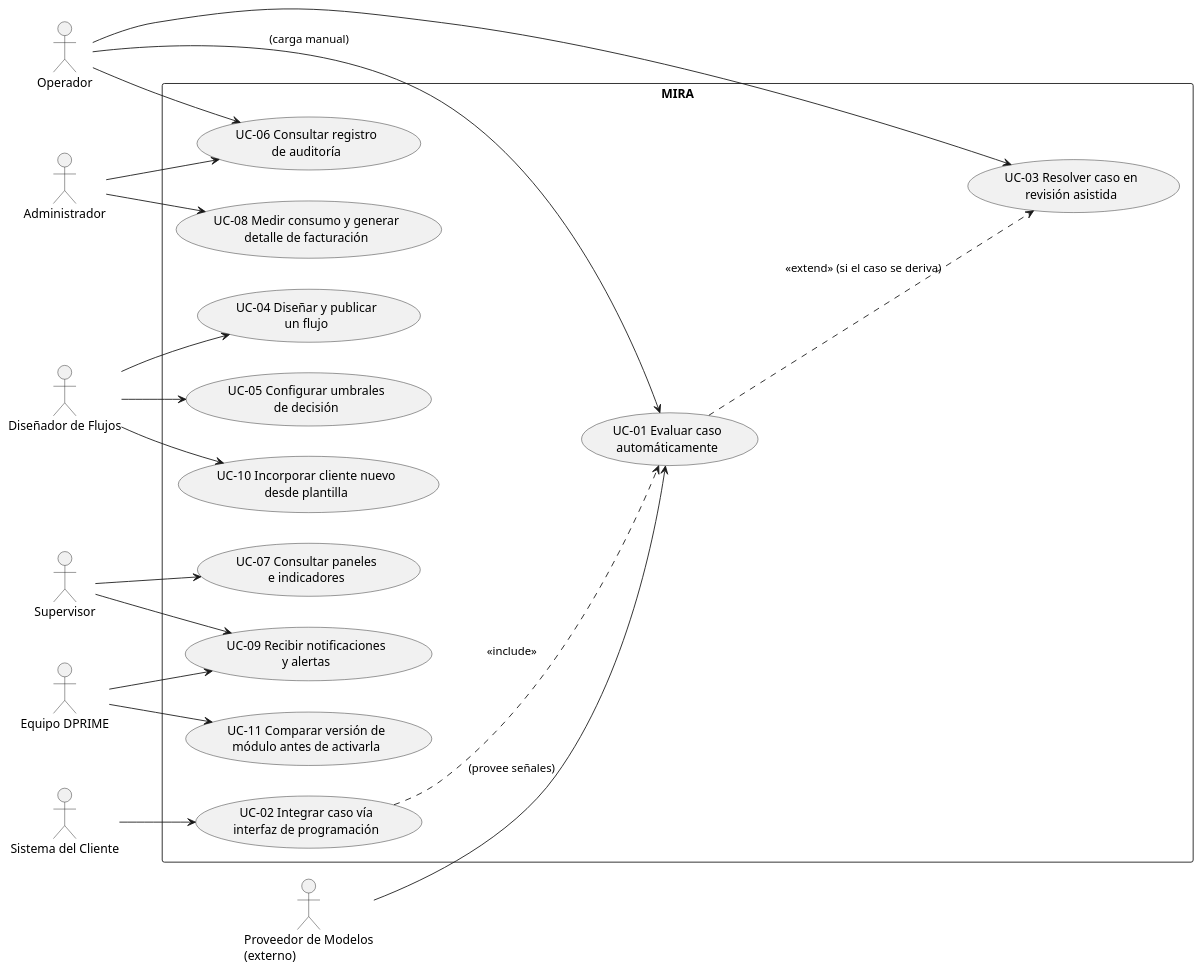
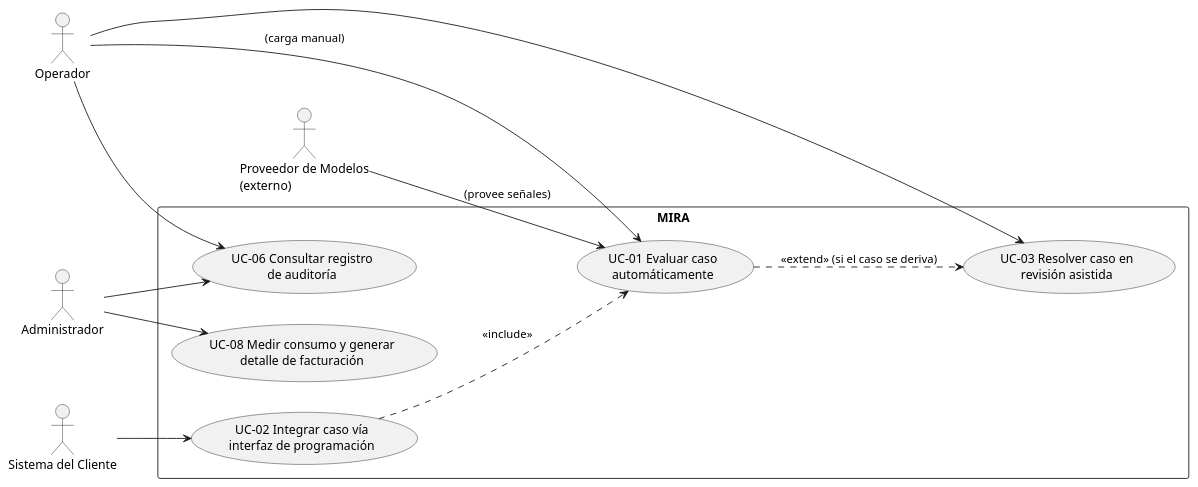
Before and after one commit to elesteber/proyecto-llm: the first of 3 diagrams in fases-y-plan-de-trabajo/fase4/Fase 4 — Casos de uso (§5.3.2).md, drawn with PlantUML. The commit also changed other lines of this file and 4 other files, not shown here.

Commit message:
Revision y comparacion de diagramas

````diff
--- a/fases-y-plan-de-trabajo/fase4/Fase 4 — Casos de uso (§5.3.2).md
+++ b/fases-y-plan-de-trabajo/fase4/Fase 4 — Casos de uso (§5.3.2).md
@@ -11,44 +72,28 @@
 ```plantuml
 @startuml
 left to right direction
 actor "Operador" as Operador
-actor "Diseñador de Flujos" as Disenador
-actor "Supervisor" as Supervisor
 actor "Administrador" as Admin
 actor "Sistema del Cliente" as SistemaCliente
 actor "Proveedor de Modelos\n(externo)" as Proveedor
-actor "Equipo DPRIME" as DPRIME
 
 rectangle "MIRA" {
   usecase "UC-01 Evaluar caso\nautomáticamente" as UC1
   usecase "UC-02 Integrar caso vía\ninterfaz de programación" as UC2
   usecase "UC-03 Resolver caso en\nrevisión asistida" as UC3
-  usecase "UC-04 Diseñar y publicar\nun flujo" as UC4
-  usecase "UC-05 Configurar umbrales\nde decisión" as UC5
   usecase "UC-06 Consultar registro\nde auditoría" as UC6
-  usecase "UC-07 Consultar paneles\ne indicadores" as UC7
   usecase "UC-08 Medir consumo y generar\ndetalle de facturación" as UC8
-  usecase "UC-09 Recibir notificaciones\ny alertas" as UC9
-  usecase "UC-10 Incorporar cliente nuevo\ndesde plantilla" as UC10
-  usecase "UC-11 Comparar versión de\nmódulo antes de activarla" as UC11
 }
 
 SistemaCliente --> UC2
 UC2 ..> UC1 : <<include>>
 Operador --> UC1 : (carga manual)
 Operador --> UC3
 Operador --> UC6
-Disenador --> UC4
-Disenador --> UC5
-Disenador --> UC10
-Supervisor --> UC7
-Supervisor --> UC9
 Admin --> UC6
 Admin --> UC8
-DPRIME --> UC9
-DPRIME --> UC11
 Proveedor --> UC1 : (provee señales)
 
 UC1 ..> UC3 : <<extend>> (si el caso se deriva)
 @enduml
 ```
````
